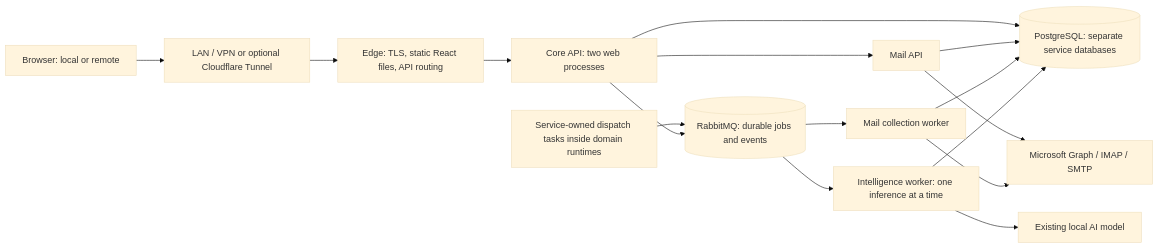
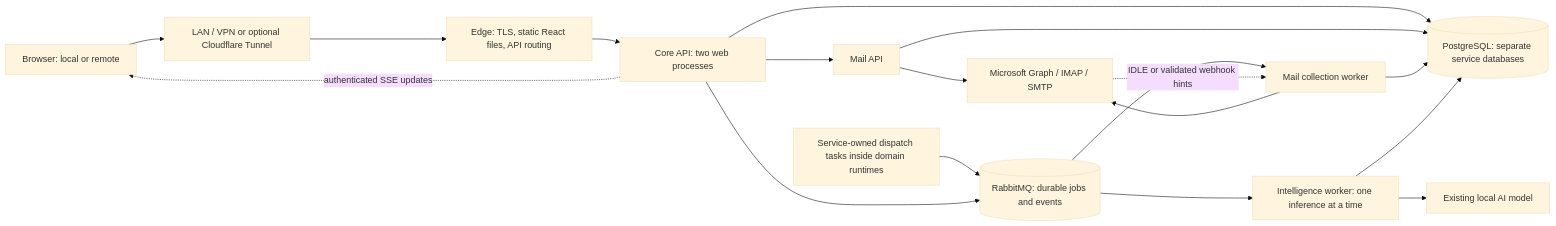
Before and after one commit to ericwangAISavy/mail-check: the diagram in docs/architecture/SINGLE_HOST_MICROSERVICES.md, drawn with Mermaid (base theme). The commit also changed other lines of this file and 1 other file, not shown here.

````diff
--- a/docs/architecture/SINGLE_HOST_MICROSERVICES.md
+++ b/docs/architecture/SINGLE_HOST_MICROSERVICES.md
@@ -32,18 +32,20 @@
 ```mermaid
 flowchart LR
   User[Browser: local or remote] --> Access[LAN / VPN or optional Cloudflare Tunnel]
   Access --> Edge[Edge: TLS, static React files, API routing]
   Edge --> Core[Core API: two web processes]
   Core --> Mail[Mail API]
   Core --> PG[(PostgreSQL: separate service databases)]
   Mail --> PG
   Mail --> Providers[Microsoft Graph / IMAP / SMTP]
   Dispatcher[Service-owned dispatch tasks inside domain runtimes] --> MQ[(RabbitMQ: durable jobs and events)]
   MQ --> Collector[Mail collection worker]
   Collector --> Providers
+  Providers -. IDLE or validated webhook hints .-> Collector
+  Core -. authenticated SSE updates .-> User
   Collector --> PG
   MQ --> Intelligence[Intelligence worker: one inference at a time]
   Intelligence --> Model[Existing local AI model]
   Intelligence --> PG
   Core --> MQ
 ```
````
